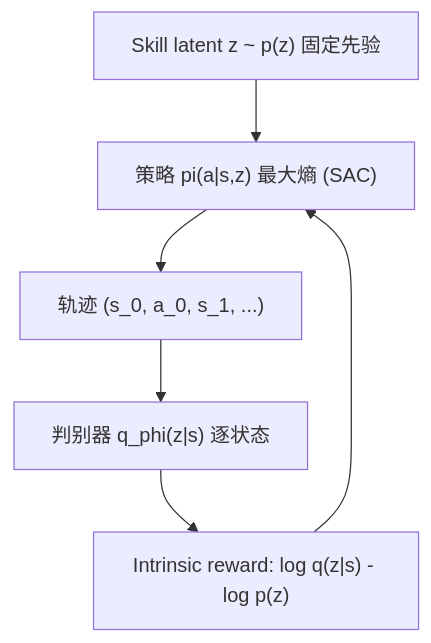
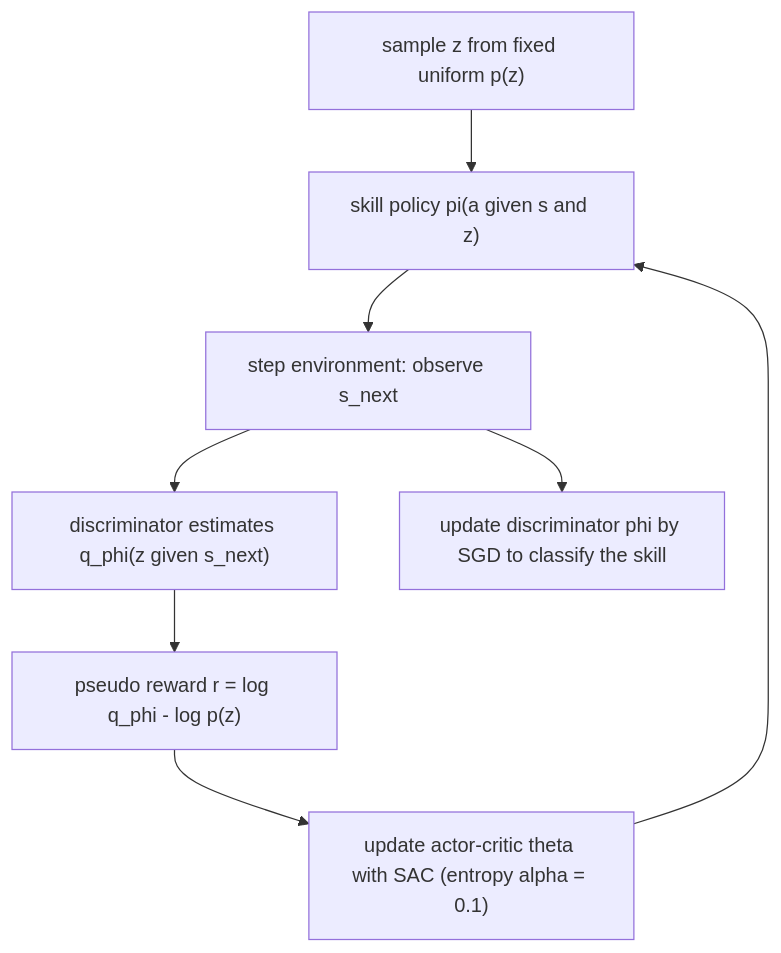
Before and after one commit to luohu-arch/physical_intelligence_study: the diagram in notes/rl/diayn.md, drawn with Mermaid. The commit also changed other lines of this file and 35 other files, not shown here.

````diff
--- a/notes/rl/diayn.md
+++ b/notes/rl/diayn.md
@@ -38,8 +84,10 @@
 ```mermaid
-graph TD
-    Z["Skill latent z ~ p(z) 固定先验"] --> POL["策略 pi(a|s,z) 最大熵 (SAC)"]
-    POL --> TRAJ["轨迹 (s_0, a_0, s_1, ...)"]
-    TRAJ --> DISC["判别器 q_phi(z|s) 逐状态"]
-    DISC --> REWARD["Intrinsic reward: log q(z|s) - log p(z)"]
-    REWARD --> POL
+flowchart TD
+    A["sample z from fixed uniform p(z)"] --> B["skill policy pi(a given s and z)"]
+    B --> C["step environment: observe s_next"]
+    C --> D["discriminator estimates q_phi(z given s_next)"]
+    D --> E["pseudo reward r = log q_phi - log p(z)"]
+    E --> F["update actor-critic theta with SAC (entropy alpha = 0.1)"]
+    C --> G["update discriminator phi by SGD to classify the skill"]
+    F --> B
 ```
````
